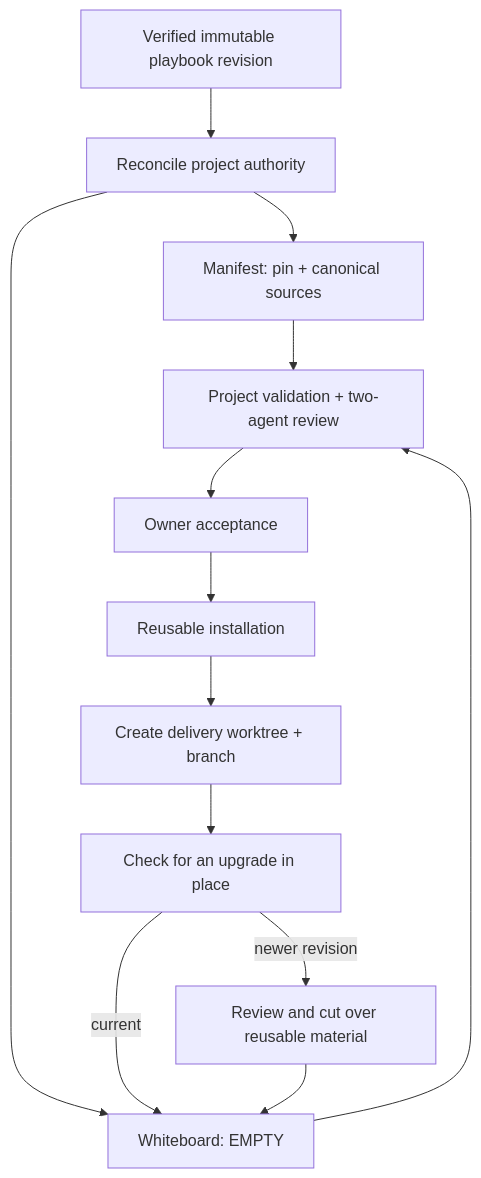
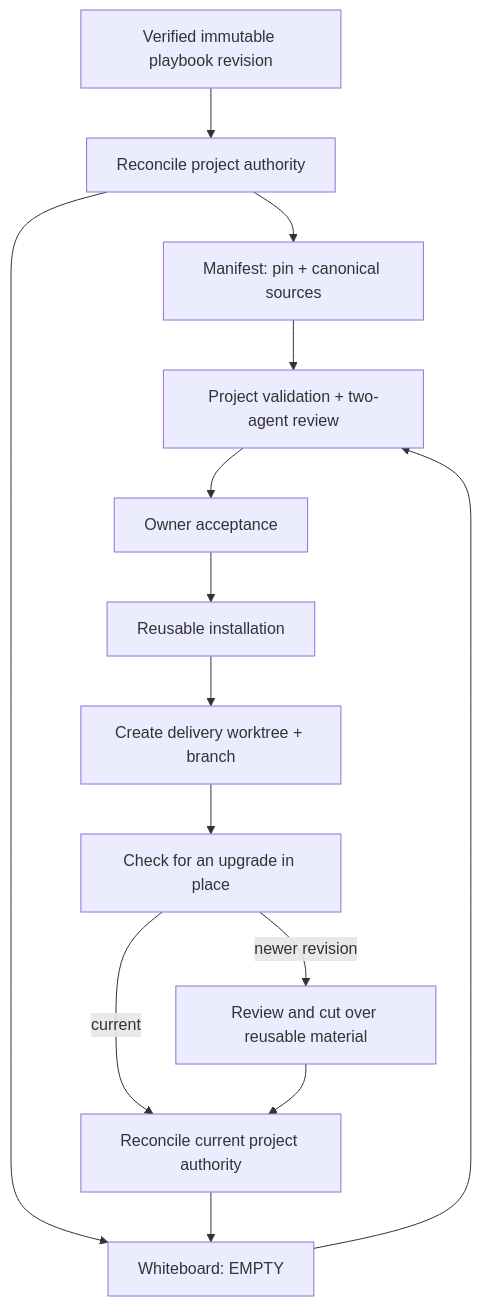
One commit to hhhhhusky777/spec-driven-delivery-playbook changed the third of 11 diagrams in README.md. Above: the diagram before and after it, drawn with Mermaid. The commit also changed other lines of this file and 10 other files, not shown here.

````diff
--- a/README.md
+++ b/README.md
@@ -175,15 +177,16 @@
 ```mermaid
 flowchart TD
     S["Verified immutable playbook revision"] --> R["Reconcile project authority"]
     R --> M["Manifest: pin + canonical sources"]
     R --> W["Whiteboard: EMPTY"]
     M --> V["Project validation + two-agent review"]
     W --> V
     V --> H["Owner acceptance"]
     H --> U["Reusable installation"]
     U --> B["Create delivery worktree + branch"]
     B --> N["Check for an upgrade in place"]
-    N -->|"current"| W
+    N -->|"current"| A["Reconcile current project authority"]
     N -->|"newer revision"| C["Review and cut over reusable material"]
-    C --> W
+    C --> A
+    A --> W
 ```
````
